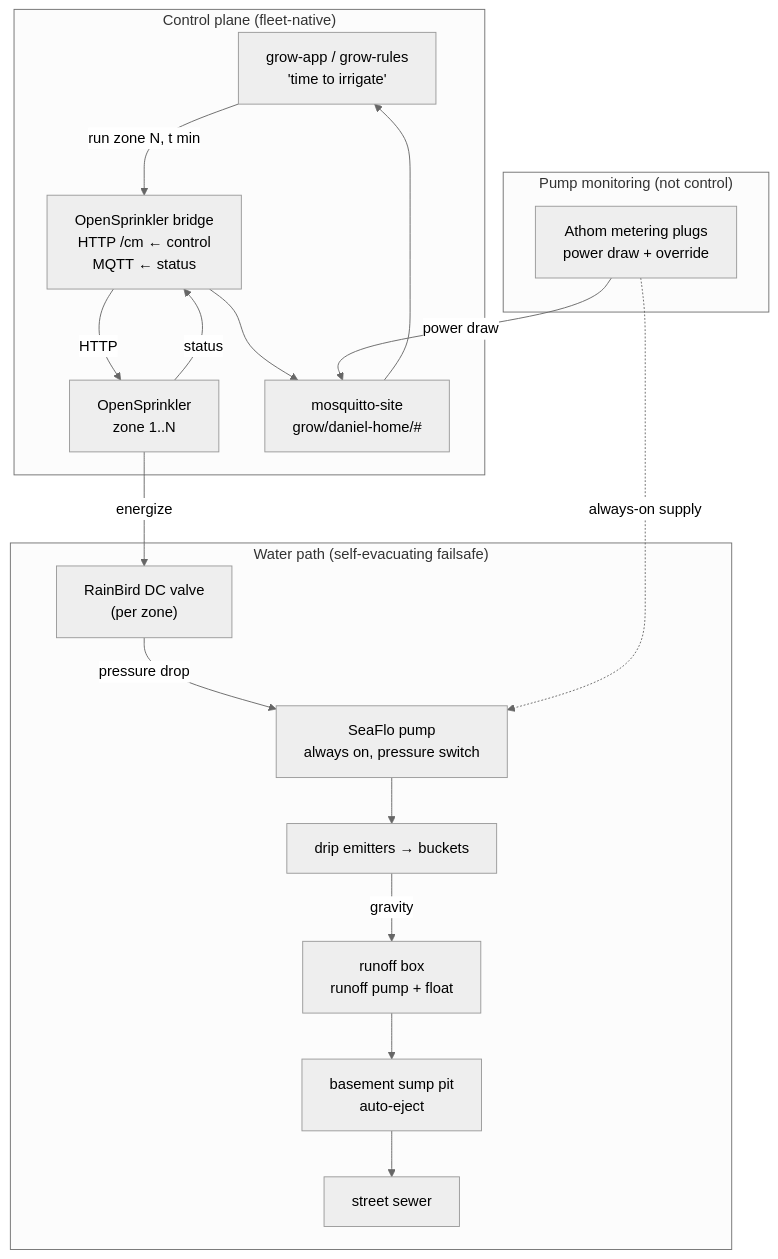
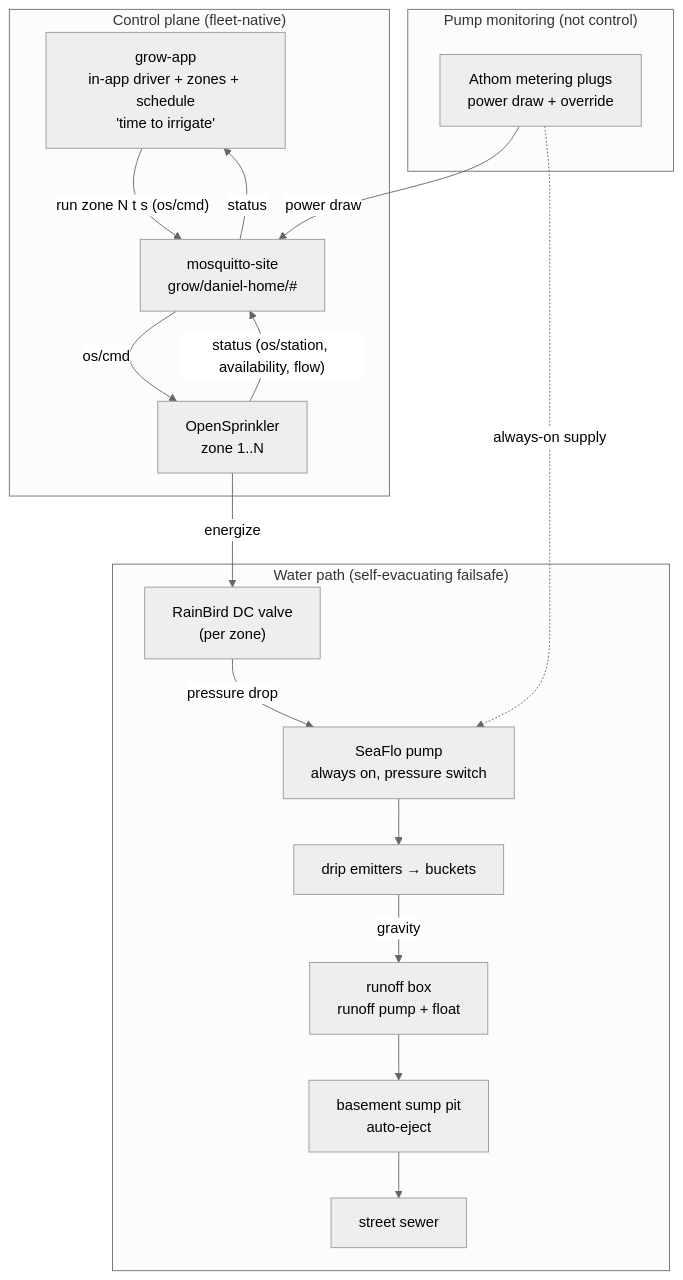
Before and after one commit to dephekt/agent-planning: the diagram in docs/briefs/irrigation-control.md, drawn with Mermaid (neutral theme). The commit also changed other lines of this file, not shown here.

First line of the commit message:
docs(irrigation-control): record resolved threads, in-app driver, phase split

````diff
--- a/docs/briefs/irrigation-control.md
+++ b/docs/briefs/irrigation-control.md
@@ -85,23 +95,24 @@
 ```mermaid
 flowchart TB
   subgraph CTRL["Control plane (fleet-native)"]
-    RULES["grow-app / grow-rules<br/>'time to irrigate'"]
-    BRIDGE["OpenSprinkler bridge<br/>HTTP /cm ← control<br/>MQTT ← status"]
+    RULES["grow-app<br/>in-app driver + zones + schedule<br/>'time to irrigate'"]
+    BROKER["mosquitto-site<br/>grow/daniel-home/#"]
     OS["OpenSprinkler<br/>zone 1..N"]
-    BROKER["mosquitto-site<br/>grow/daniel-home/#"]
-    RULES -->|run zone N, t min| BRIDGE -->|HTTP| OS
-    OS -->|status| BRIDGE --> BROKER --> RULES
+    RULES -->|"run zone N t s (os/cmd)"| BROKER
+    BROKER -->|os/cmd| OS
+    OS -->|"status (os/station, availability, flow)"| BROKER
+    BROKER -->|status| RULES
   end
   subgraph WATER["Water path (self-evacuating failsafe)"]
     OS -->|energize| VALVE["RainBird DC valve<br/>(per zone)"]
     VALVE -->|pressure drop| PUMP["SeaFlo pump<br/>always on, pressure switch"]
     PUMP --> EMIT["drip emitters → buckets"]
     EMIT -->|gravity| RUNOFF["runoff box<br/>runoff pump + float"]
     RUNOFF --> SUMP["basement sump pit<br/>auto-eject"] --> SEWER["street sewer"]
   end
   subgraph MON["Pump monitoring (not control)"]
     PLUG["Athom metering plugs<br/>power draw + override"]
     PLUG -->|power draw| BROKER
     PLUG -.->|always-on supply| PUMP
   end
 ```
````
